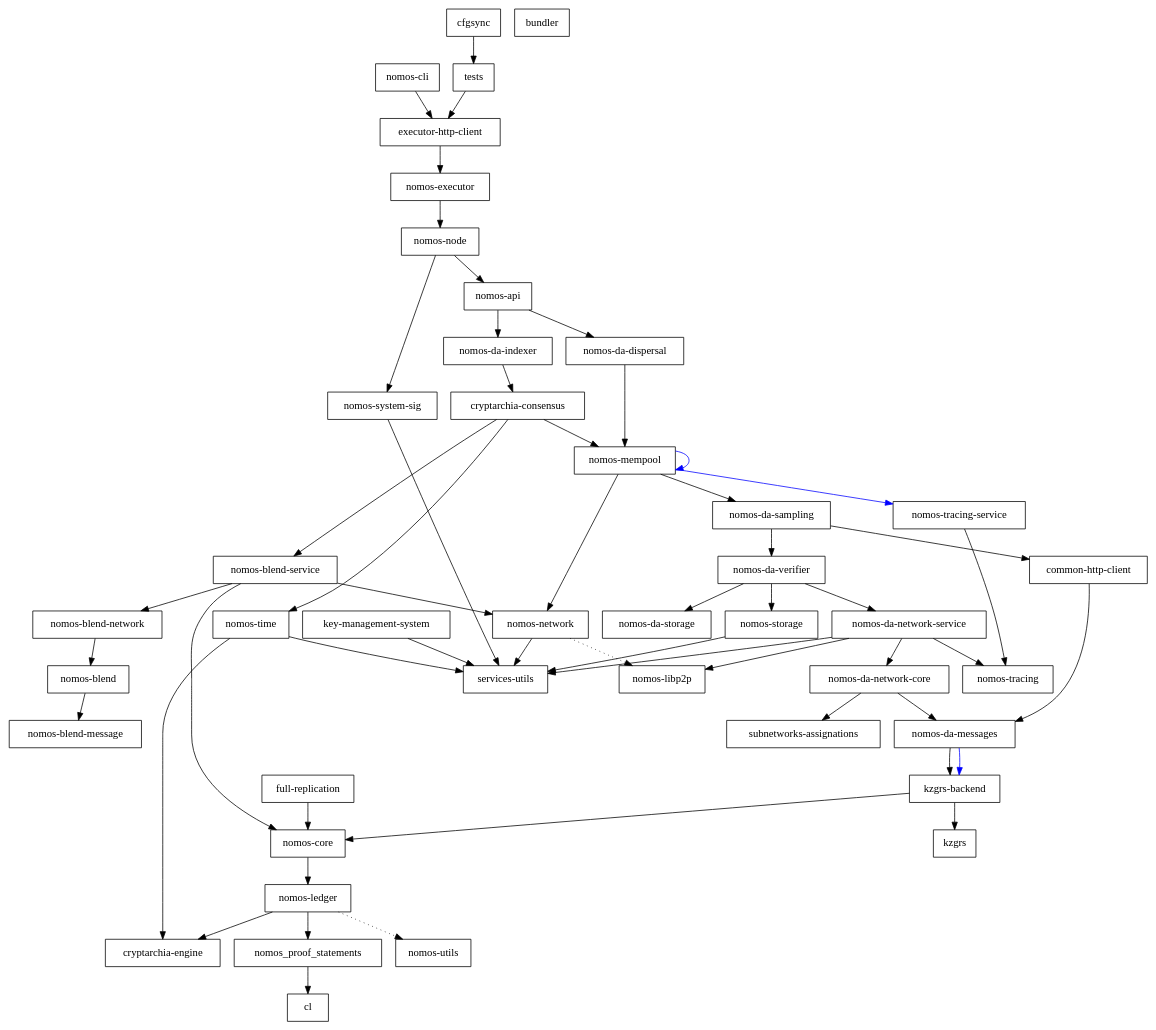
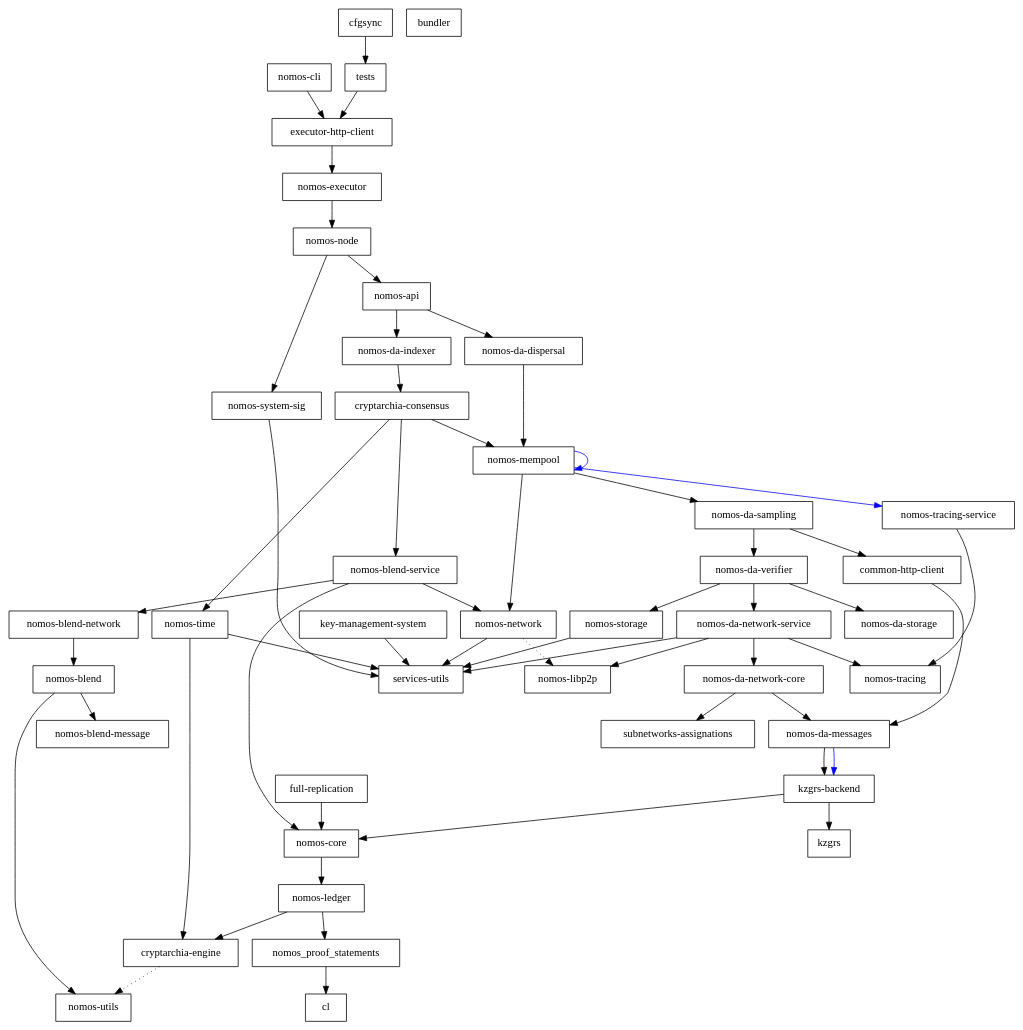
Before and after one commit to Astro521/logos-blockchain: the diagram in dependencies_graph.dot, drawn with Graphviz. The commit also changed 29 other files, not shown here.

```diff
--- a/dependencies_graph.dot
+++ b/dependencies_graph.dot
@@ -1,97 +1,98 @@
 digraph {
     0 [ label = "common-http-client" shape = box]
     1 [ label = "nomos-core" shape = box]
     2 [ label = "cl" shape = box]
     3 [ label = "cryptarchia-engine" shape = box]
-    4 [ label = "nomos-ledger" shape = box]
-    5 [ label = "nomos-utils" shape = box]
+    4 [ label = "nomos-utils" shape = box]
+    5 [ label = "nomos-ledger" shape = box]
     6 [ label = "nomos_proof_statements" shape = box]
     7 [ label = "nomos-da-messages" shape = box]
     8 [ label = "kzgrs-backend" shape = box]
     9 [ label = "kzgrs" shape = box]
     10 [ label = "executor-http-client" shape = box]
     11 [ label = "nomos-executor" shape = box]
     12 [ label = "nomos-api" shape = box]
     13 [ label = "cryptarchia-consensus" shape = box]
     14 [ label = "nomos-blend-service" shape = box]
     15 [ label = "nomos-blend" shape = box]
     16 [ label = "nomos-blend-message" shape = box]
     17 [ label = "nomos-blend-network" shape = box]
     18 [ label = "nomos-libp2p" shape = box]
     19 [ label = "nomos-network" shape = box]
     20 [ label = "services-utils" shape = box]
     21 [ label = "nomos-da-sampling" shape = box]
     22 [ label = "nomos-da-network-core" shape = box]
     23 [ label = "subnetworks-assignations" shape = box]
     24 [ label = "nomos-da-network-service" shape = box]
     25 [ label = "nomos-tracing" shape = box]
     26 [ label = "nomos-da-storage" shape = box]
     27 [ label = "nomos-da-verifier" shape = box]
     28 [ label = "nomos-storage" shape = box]
     29 [ label = "nomos-mempool" shape = box]
     30 [ label = "nomos-tracing-service" shape = box]
     31 [ label = "nomos-time" shape = box]
     32 [ label = "nomos-da-dispersal" shape = box]
     33 [ label = "nomos-da-indexer" shape = box]
     34 [ label = "nomos-node" shape = box]
     35 [ label = "nomos-system-sig" shape = box]
     36 [ label = "bundler" shape = box]
     37 [ label = "nomos-cli" shape = box]
     38 [ label = "full-replication" shape = box]
     39 [ label = "key-management-system" shape = box]
     40 [ label = "cfgsync" shape = box]
     41 [ label = "tests" shape = box]
     0 -> 7 [ ]
-    1 -> 4 [ ]
-    4 -> 3 [ ]
-    4 -> 5 [ style = dotted]
-    4 -> 6 [ ]
+    1 -> 5 [ ]
+    3 -> 4 [ style = dotted]
+    5 -> 3 [ ]
+    5 -> 6 [ ]
     6 -> 2 [ ]
     7 -> 8 [ ]
     7 -> 8 [ color = blue]
     8 -> 9 [ ]
     8 -> 1 [ ]
     10 -> 11 [ ]
     11 -> 34 [ ]
     12 -> 32 [ ]
     12 -> 33 [ ]
     13 -> 14 [ ]
     13 -> 29 [ ]
     13 -> 31 [ ]
     14 -> 17 [ ]
     14 -> 1 [ ]
     14 -> 19 [ ]
     15 -> 16 [ ]
+    15 -> 4 [ ]
     17 -> 15 [ ]
     19 -> 18 [ style = dotted]
     19 -> 20 [ ]
     21 -> 0 [ ]
     21 -> 27 [ ]
     22 -> 7 [ ]
     22 -> 23 [ ]
     24 -> 22 [ ]
     24 -> 18 [ ]
     24 -> 25 [ ]
     24 -> 20 [ ]
     27 -> 24 [ ]
     27 -> 26 [ ]
     27 -> 28 [ ]
     28 -> 20 [ ]
     29 -> 21 [ ]
     29 -> 29 [ color = blue]
     29 -> 19 [ ]
     29 -> 30 [ color = blue]
     30 -> 25 [ ]
     31 -> 3 [ ]
     31 -> 20 [ ]
     32 -> 29 [ ]
     33 -> 13 [ ]
     34 -> 12 [ ]
     34 -> 35 [ ]
     35 -> 20 [ ]
     37 -> 10 [ ]
     38 -> 1 [ ]
     39 -> 20 [ ]
     40 -> 41 [ ]
     41 -> 10 [ ]
 }
```
